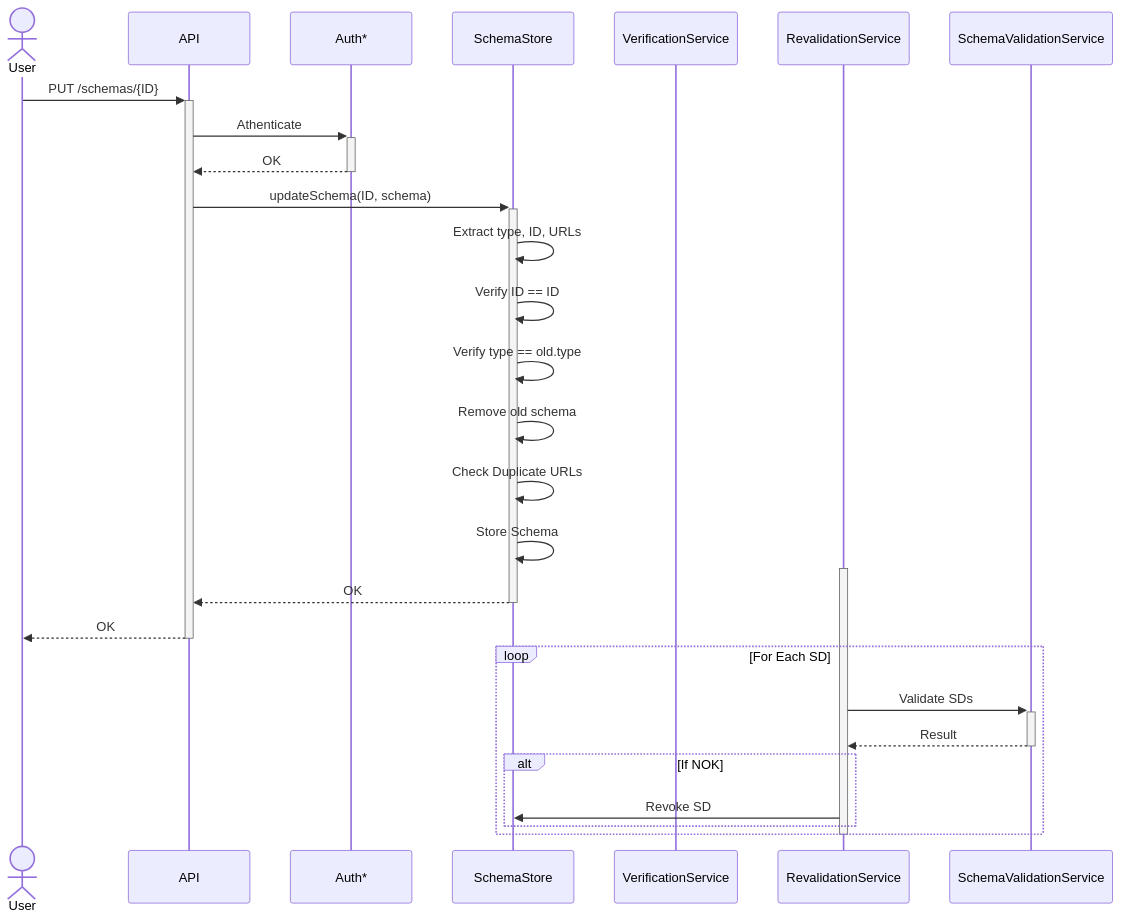
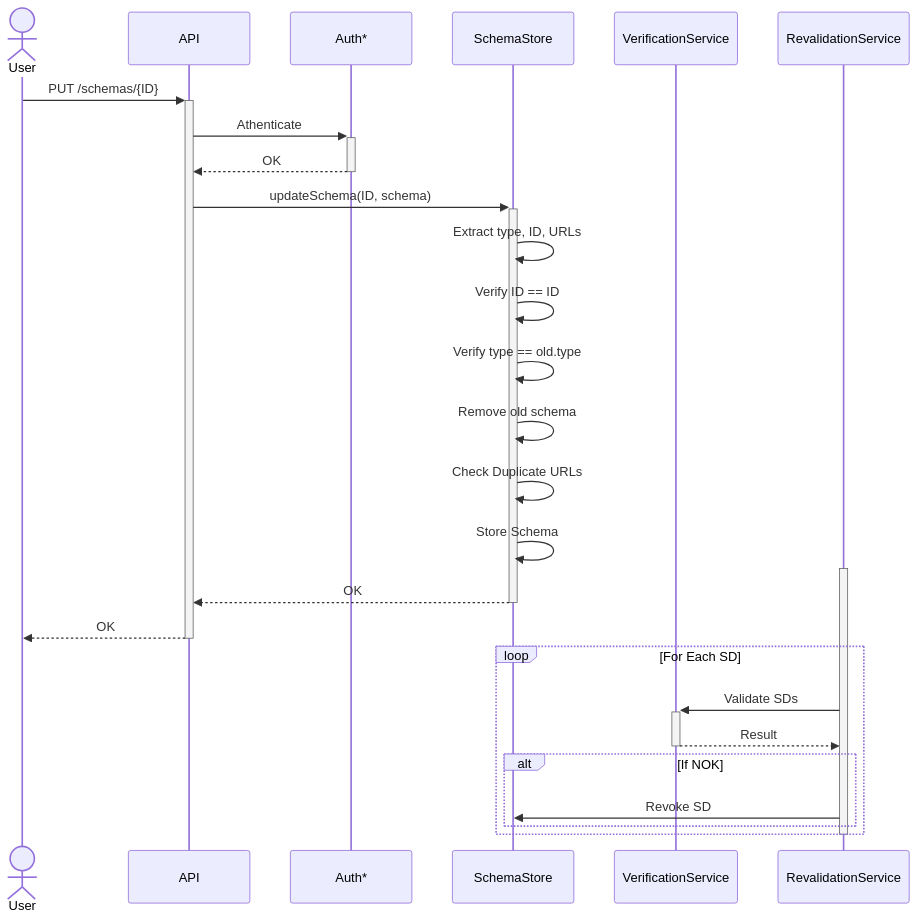
One commit to federated-catalogue-enhancements-2026/docs changed diagram 24 of 31 in federated-catalogue/src/docs/architecture/chapters/06_runtime_view.adoc. Above: the diagram before and after it, drawn with Mermaid. The commit also changed other lines of this file and 4 other files, not shown here.

Commit message:
Enhance verification process diagrams for Self-Descriptions by making the schema verification step optional

```diff
--- a/federated-catalogue/src/docs/architecture/chapters/06_runtime_view.adoc
+++ b/federated-catalogue/src/docs/architecture/chapters/06_runtime_view.adoc
@@ -715,31 +715,31 @@
 [mermaid, width=2000]
 ....
 sequenceDiagram
     actor User
     participant API
     participant Auth as Auth*
     participant SchemaStore
     participant Verification as VerificationService
     participant Revalidation as RevalidationService
     User ->> + API:PUT /schemas/{ID}
     API ->> + Auth:Athenticate
     Auth -->> - API:OK
     API ->> + SchemaStore:updateSchema(ID, schema)
     SchemaStore ->> SchemaStore:Extract type, ID, URLs
     SchemaStore ->> SchemaStore:Verify ID == ID
     SchemaStore ->> SchemaStore:Verify type == old.type
     SchemaStore ->> SchemaStore:Remove old schema
     SchemaStore ->> SchemaStore:Check Duplicate URLs
     SchemaStore ->> SchemaStore:Store Schema
     activate Revalidation
     SchemaStore -->> -API:OK
     API -->> - User:OK
     loop For Each SD
-        Revalidation ->> + SchemaValidationService:Validate SDs
-        SchemaValidationService -->> - Revalidation:Result
+        Revalidation ->> + Verification:Validate SDs
+        Verification -->> - Revalidation:Result
         alt If NOK
             Revalidation ->> SchemaStore:Revoke SD
         end
     end
     deactivate Revalidation
 ....
```
